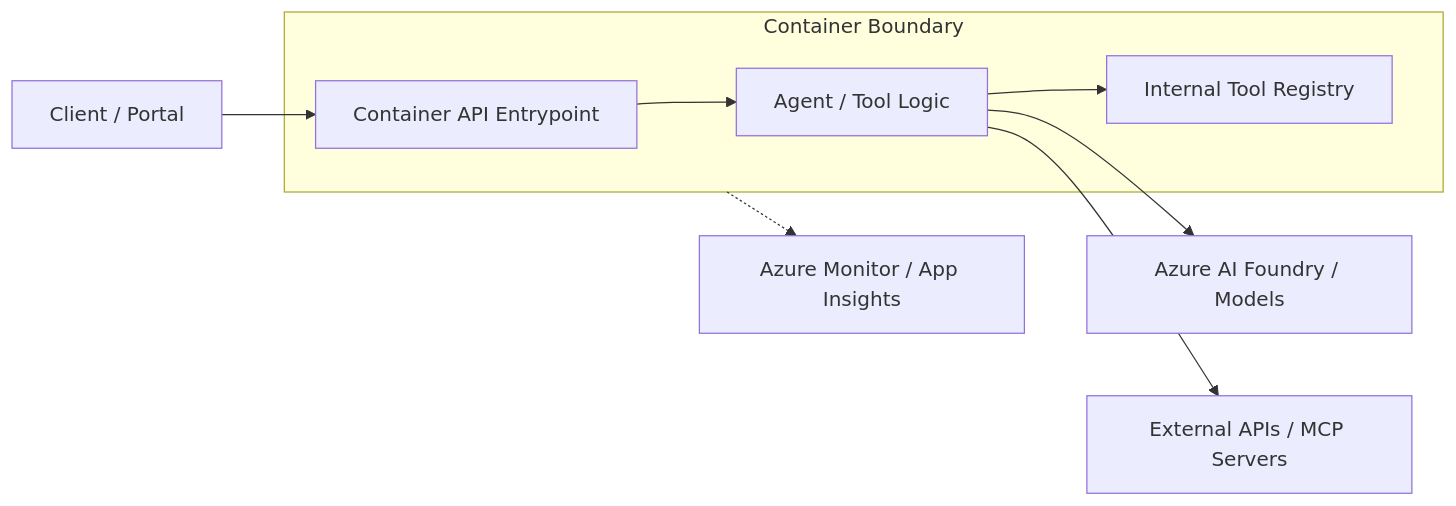
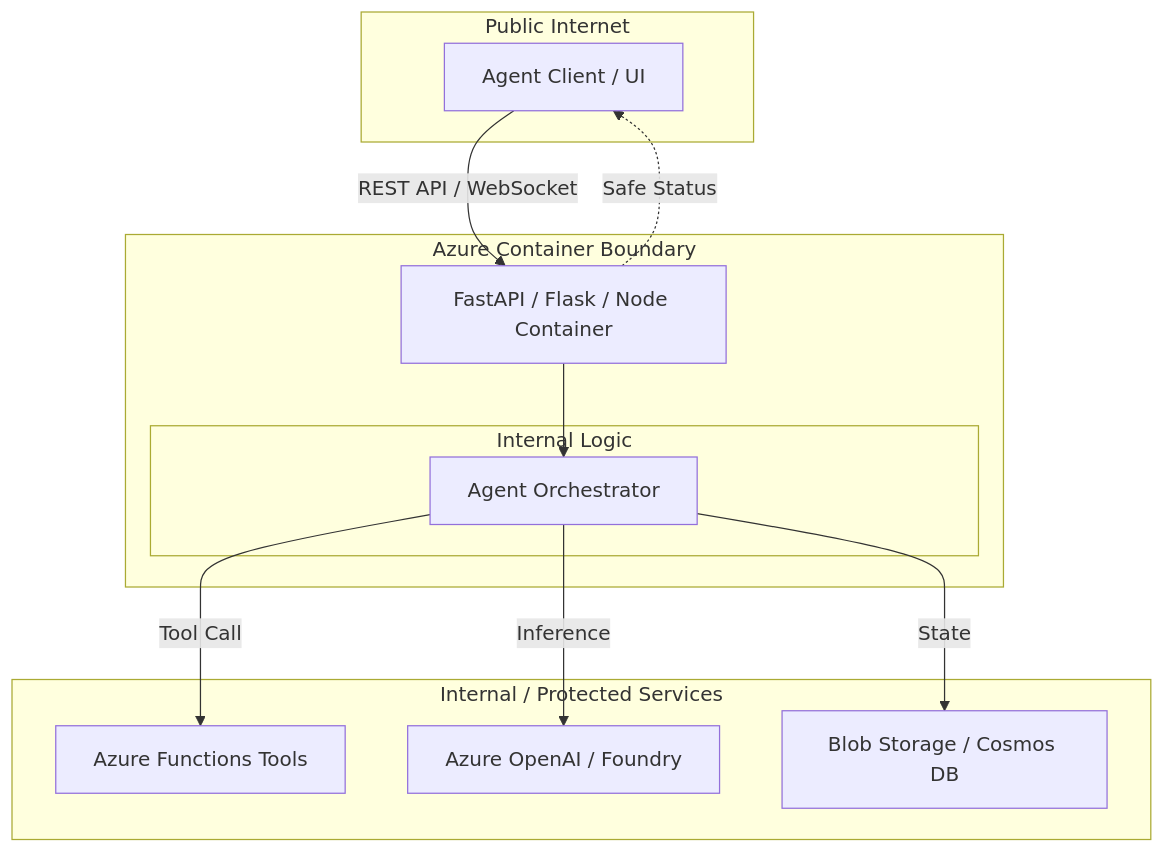
Before and after one commit to wildersa/azure_ref_kit: the diagram in building-blocks/hosting/container-agent-api/README.md, drawn with Mermaid. The commit also changed other lines of this file and 2 other files, not shown here.

First line of the commit message:
Define container-hosted agent API contract (#75)

````diff
--- a/building-blocks/hosting/container-agent-api/README.md
+++ b/building-blocks/hosting/container-agent-api/README.md
@@ -29,11 +37,27 @@
 ```mermaid
-flowchart LR
-    Client[Client / Portal] --> API[Container API Entrypoint]
-    subgraph Container[Container Boundary]
-        API --> AgentLogic[Agent / Tool Logic]
-        AgentLogic --> Registry[Internal Tool Registry]
+flowchart TD
+    subgraph "Public Internet"
+        Client[Agent Client / UI]
     end
-    AgentLogic --> Foundry[Azure AI Foundry / Models]
-    AgentLogic --> ExternalTools[External APIs / MCP Servers]
-    Container -.-> Obs[Azure Monitor / App Insights]
+
+    subgraph "Azure Container Boundary"
+        API[FastAPI / Flask / Node Container]
+        subgraph "Internal Logic"
+            Orch[Agent Orchestrator]
+        end
+    end
+
+    subgraph "Internal / Protected Services"
+        Tools[Azure Functions Tools]
+        LLM[Azure OpenAI / Foundry]
+        Data[Blob Storage / Cosmos DB]
+    end
+
+    Client -->|REST API / WebSocket| API
+    API --> Orch
+    Orch -->|Tool Call| Tools
+    Orch -->|Inference| LLM
+    Orch -->|State| Data
+
+    API -.->|Safe Status| Client
 ```
````
